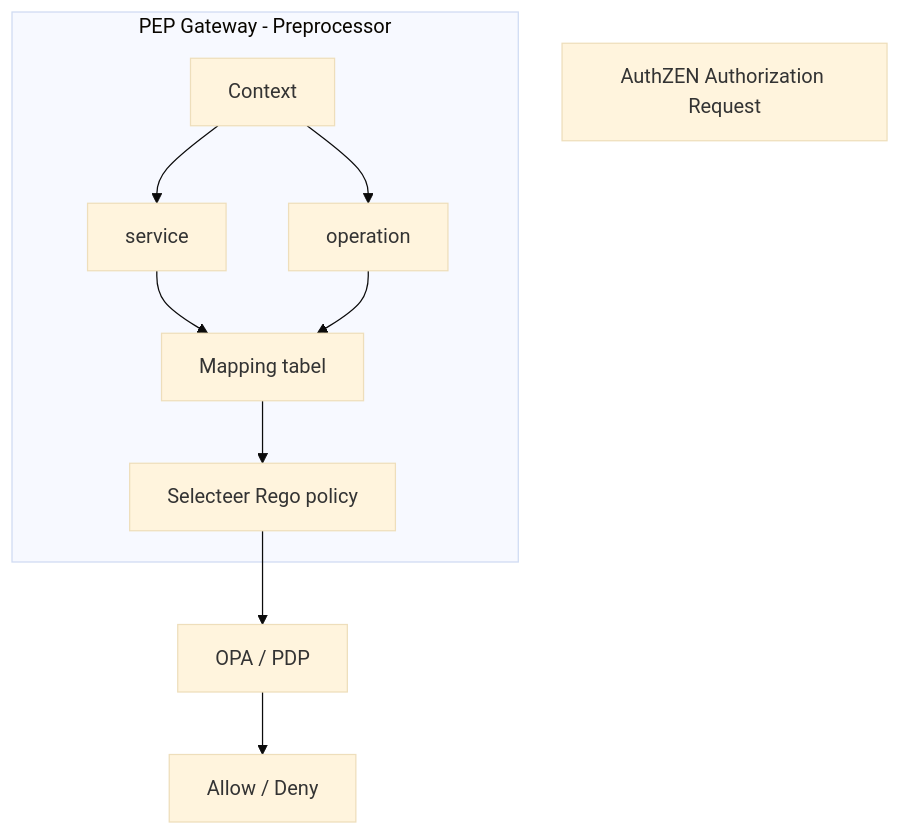
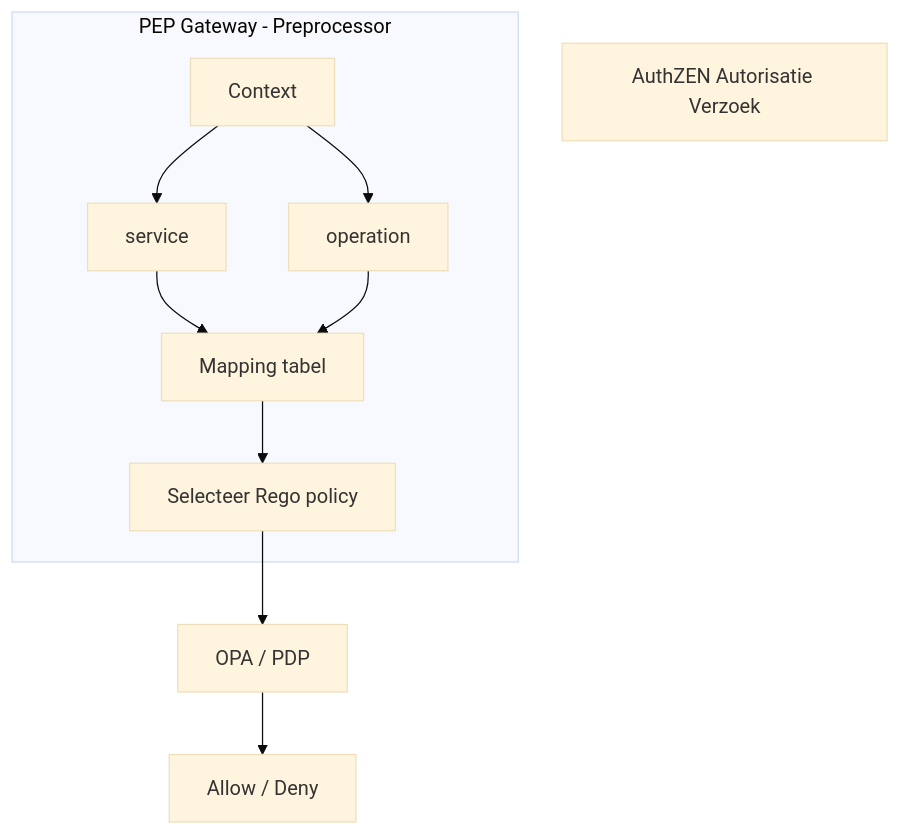
The fourth of 4 diagrams in RFC/RFC0052 - Autorisatie standaardisatie.md (iStandaarden/iWlz-RequestForComment), drawn with Mermaid (base theme) before and after one commit. The commit also changed other lines of this file, not shown here.

````diff
--- a/RFC/RFC0052 - Autorisatie standaardisatie.md
+++ b/RFC/RFC0052 - Autorisatie standaardisatie.md
@@ -199,19 +199,19 @@
 ```mermaid
 
 flowchart TD
-    A[AuthZEN Authorization Request]
+    A[AuthZEN Autorisatie Verzoek]
 
     subgraph PEP[PEP Gateway - Preprocessor]
         B[Context]
         B --> C[service]
         B --> D[operation]
 
         C --> E[Mapping tabel]
         D --> E
 
         E --> F[Selecteer Rego policy]
     end
 
     F --> G[OPA / PDP]
     G --> H[Allow / Deny]
 ```
````
